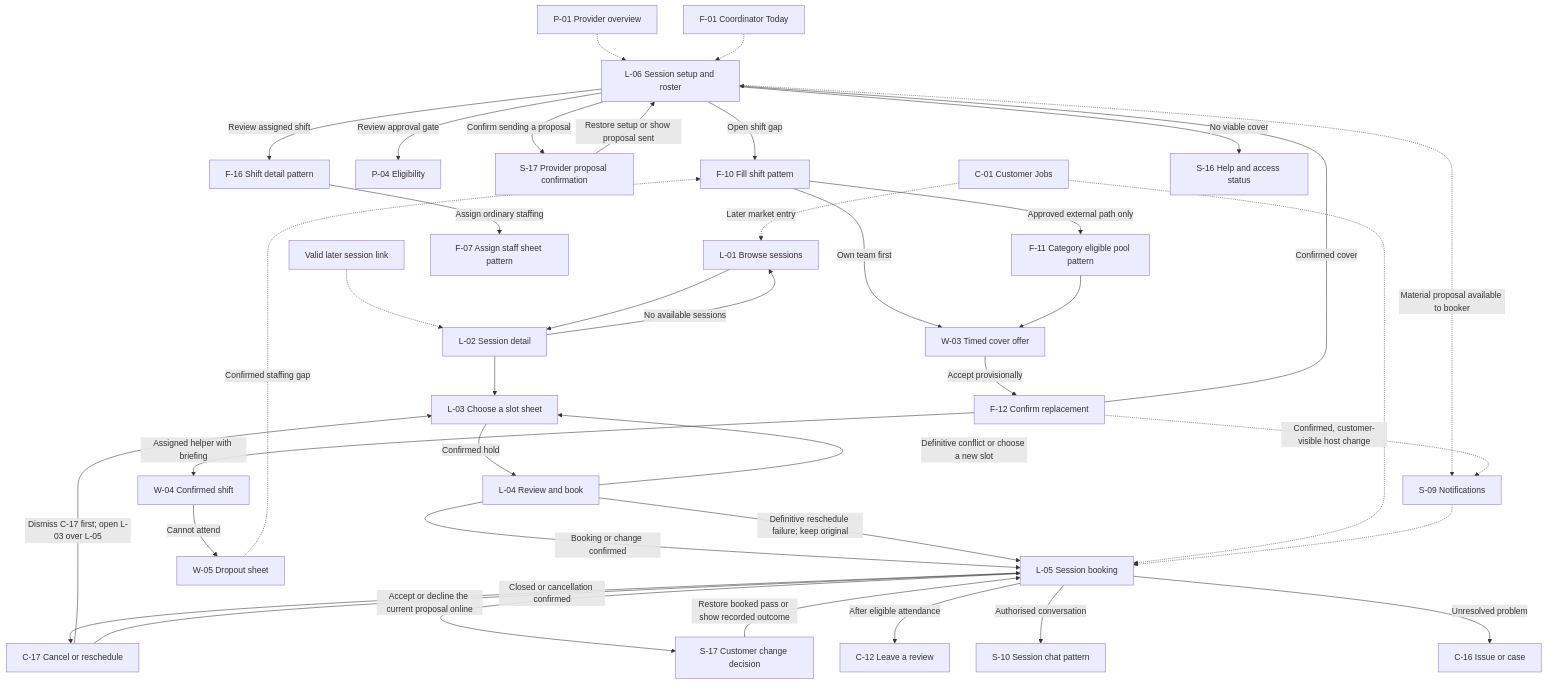
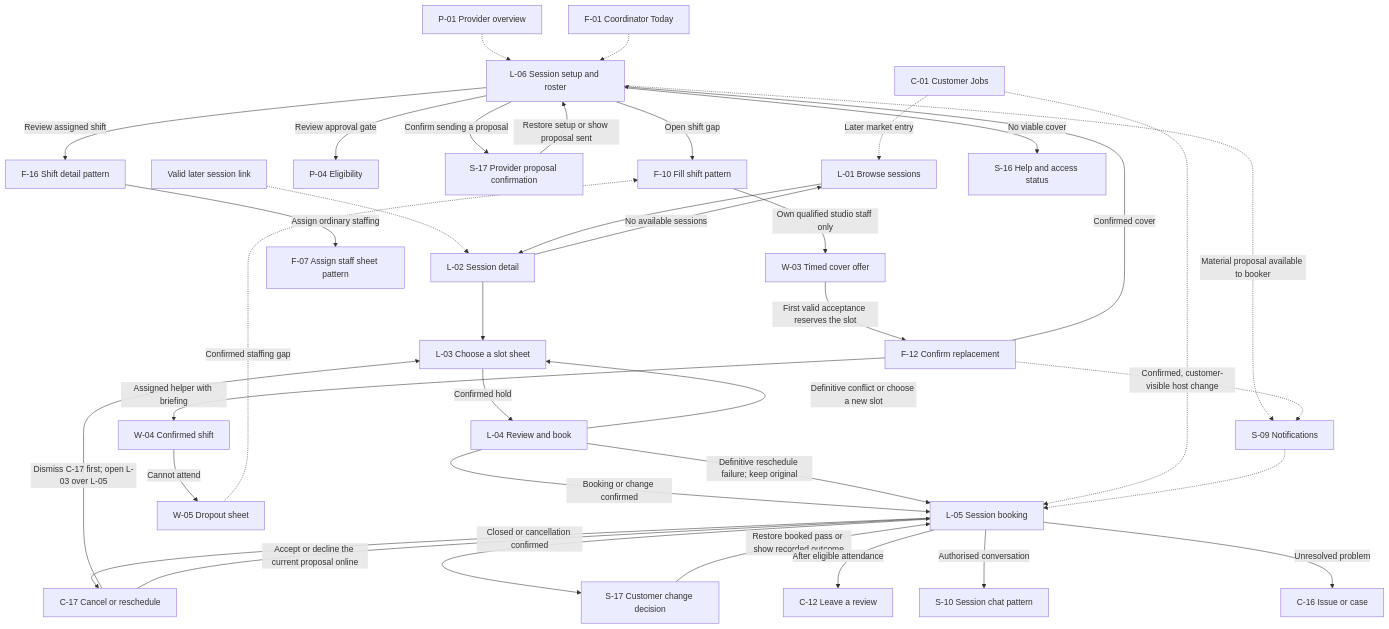
The diagram in design-astra/screens/shared/L-01_L-06-specs.md (Artimunor/bookbuddy), drawn with Mermaid before and after one commit. The commit also changed other lines of this file and 15 other files, not shown here.

````diff
--- a/design-astra/screens/shared/L-01_L-06-specs.md
+++ b/design-astra/screens/shared/L-01_L-06-specs.md
@@ -100,41 +113,39 @@
 ```mermaid
 flowchart TD
     C01["C-01 Customer Jobs"] -.->|Later market entry| L01["L-01 Browse sessions"]
     Link["Valid later session link"] -.-> L02["L-02 Session detail"]
     L01 --> L02
     L02 --> L03["L-03 Choose a slot sheet"]
     L03 -->|Confirmed hold| L04["L-04 Review and book"]
     L04 -->|Definitive conflict or choose a new slot| L03
     L04 -->|Booking or change confirmed| L05["L-05 Session booking"]
     L04 -->|Definitive reschedule failure; keep original| L05
     L02 -->|No available sessions| L01
     C01 -.-> L05
     S09["S-09 Notifications"] -.-> L05
     L05 --> C17["C-17 Cancel or reschedule"]
     C17 -->|Dismiss C-17 first; open L-03 over L-05| L03
     C17 -->|Closed or cancellation confirmed| L05
     L05 -->|Accept or decline the current proposal online| S17C["S-17 Customer change decision"]
     S17C -->|Restore booked pass or show recorded outcome| L05
     L05 -->|After eligible attendance| C12["C-12 Leave a review"]
     L05 -->|Authorised conversation| S10["S-10 Session chat pattern"]
     L05 -->|Unresolved problem| C16["C-16 Issue or case"]
     P01["P-01 Provider overview"] -.-> L06["L-06 Session setup and roster"]
     F01["F-01 Coordinator Today"] -.-> L06
     L06 -->|Review approval gate| P04["P-04 Eligibility"]
     L06 -->|Confirm sending a proposal| S17P["S-17 Provider proposal confirmation"]
     S17P -->|Restore setup or show proposal sent| L06
     L06 -.->|Material proposal available to booker| S09
     L06 -->|Review assigned shift| F16["F-16 Shift detail pattern"]
     F16 -->|Assign ordinary staffing| F07["F-07 Assign staff sheet pattern"]
     L06 -->|Open shift gap| F10["F-10 Fill shift pattern"]
-    F10 -->|Own team first| W03["W-03 Timed cover offer"]
-    F10 -->|Approved external path only| F11["F-11 Category eligible pool pattern"]
-    F11 --> W03
-    W03 -->|Accept provisionally| F12["F-12 Confirm replacement"]
+    F10 -->|Own qualified studio staff only| W03["W-03 Timed cover offer"]
+    W03 -->|First valid acceptance reserves the slot| F12["F-12 Confirm replacement"]
     F12 -->|Confirmed cover| L06
     F12 -->|Assigned helper with briefing| W04["W-04 Confirmed shift"]
     W04 -->|Cannot attend| W05["W-05 Dropout sheet"]
     W05 -.->|Confirmed staffing gap| F10
     F12 -.->|Confirmed, customer-visible host change| S09
     L06 -->|No viable cover| S16["S-16 Help and access status"]
 ```
````
